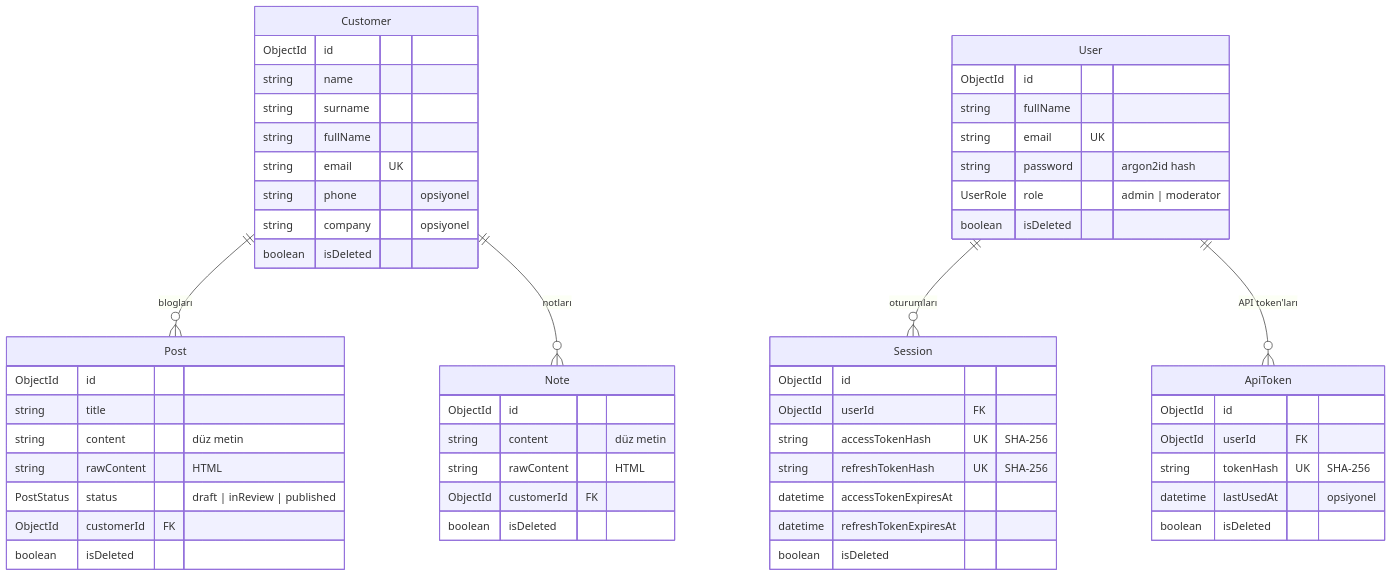
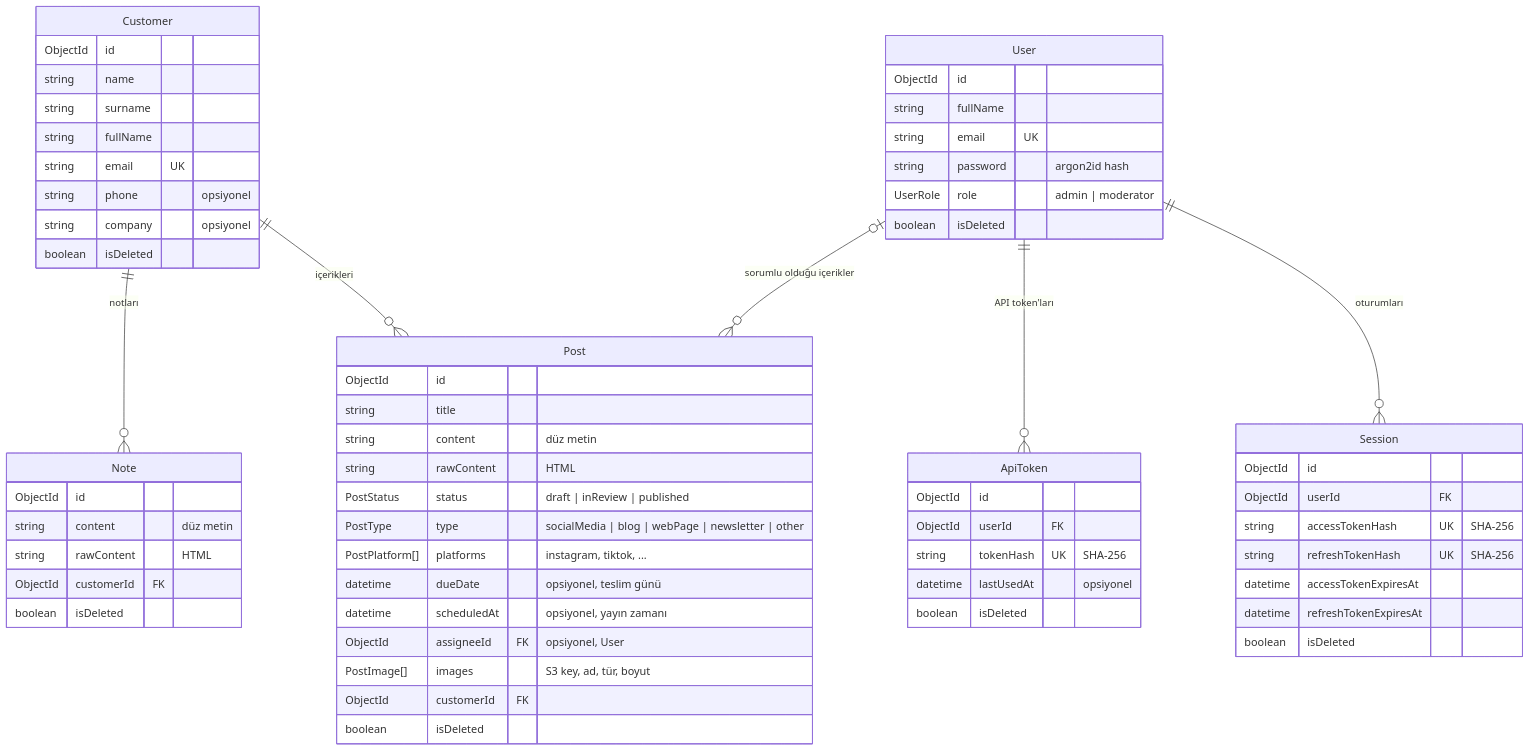
The second of 4 diagrams in README.md (FlyingTurkman/crm-demo), drawn with Mermaid before and after one commit. The commit also changed other lines of this file and 78 other files, not shown here.

````diff
--- a/README.md
+++ b/README.md
@@ -148,58 +233,65 @@
 ```mermaid
 erDiagram
-    Customer ||--o{ Post : "blogları"
+    Customer ||--o{ Post : "içerikleri"
     Customer ||--o{ Note : "notları"
     User ||--o{ Session : "oturumları"
     User ||--o{ ApiToken : "API token'ları"
+    User |o--o{ Post : "sorumlu olduğu içerikler"
 
     Customer {
         ObjectId id
         string name
         string surname
         string fullName
         string email UK
         string phone "opsiyonel"
         string company "opsiyonel"
         boolean isDeleted
     }
     Post {
         ObjectId id
         string title
         string content "düz metin"
         string rawContent "HTML"
         PostStatus status "draft | inReview | published"
+        PostType type "socialMedia | blog | webPage | newsletter | other"
+        PostPlatform[] platforms "instagram, tiktok, ..."
+        datetime dueDate "opsiyonel, teslim günü"
+        datetime scheduledAt "opsiyonel, yayın zamanı"
+        ObjectId assigneeId FK "opsiyonel, User"
+        PostImage[] images "S3 key, ad, tür, boyut"
         ObjectId customerId FK
         boolean isDeleted
     }
     Note {
         ObjectId id
         string content "düz metin"
         string rawContent "HTML"
         ObjectId customerId FK
         boolean isDeleted
     }
     User {
         ObjectId id
         string fullName
         string email UK
         string password "argon2id hash"
         UserRole role "admin | moderator"
         boolean isDeleted
     }
     Session {
         ObjectId id
         ObjectId userId FK
         string accessTokenHash UK "SHA-256"
         string refreshTokenHash UK "SHA-256"
         datetime accessTokenExpiresAt
         datetime refreshTokenExpiresAt
         boolean isDeleted
     }
     ApiToken {
         ObjectId id
         ObjectId userId FK
         string tokenHash UK "SHA-256"
         datetime lastUsedAt "opsiyonel"
         boolean isDeleted
     }
 ```
````
